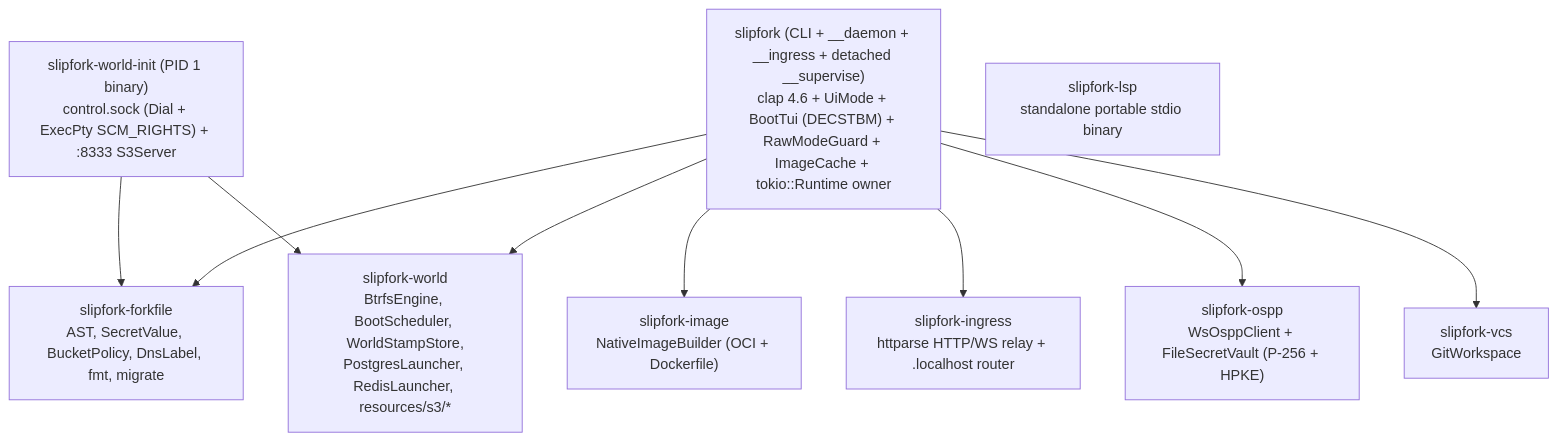
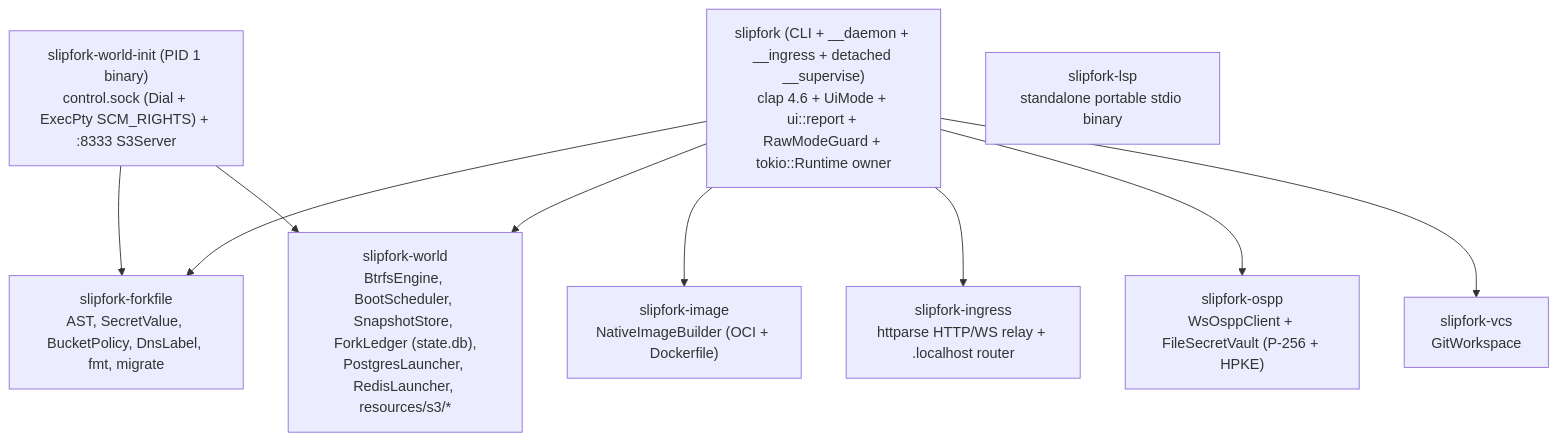
The first of 3 diagrams in ARCHITECTURE.md (OffworldNexus/slipfork), drawn with Mermaid before and after one commit. The commit also changed other lines of this file and 17 other files, not shown here.

Commit message:
[M3.191] Collapse doctor Storage row, stamp 0.1.1, align architecture/specs

````diff
--- a/ARCHITECTURE.md
+++ b/ARCHITECTURE.md
@@ -12,15 +12,15 @@
 ```mermaid
 flowchart TD
-  Root["slipfork (CLI + __daemon + __ingress + detached __supervise)<br/>clap 4.6 + UiMode + BootTui (DECSTBM) + RawModeGuard + ImageCache + tokio::Runtime owner"]
+  Root["slipfork (CLI + __daemon + __ingress + detached __supervise)<br/>clap 4.6 + UiMode + ui::report + RawModeGuard + tokio::Runtime owner"]
   Init["slipfork-world-init (PID 1 binary)<br/>control.sock (Dial + ExecPty SCM_RIGHTS) + :8333 S3Server"]
   FF["slipfork-forkfile<br/>AST, SecretValue, BucketPolicy, DnsLabel, fmt, migrate"]
-  World["slipfork-world<br/>BtrfsEngine, BootScheduler, WorldStampStore,<br/>PostgresLauncher, RedisLauncher, resources/s3/*"]
+  World["slipfork-world<br/>BtrfsEngine, BootScheduler, SnapshotStore, ForkLedger (state.db),<br/>PostgresLauncher, RedisLauncher, resources/s3/*"]
   Image["slipfork-image<br/>NativeImageBuilder (OCI + Dockerfile)"]
   Ingress["slipfork-ingress<br/>httparse HTTP/WS relay + .localhost router"]
   Ospp["slipfork-ospp<br/>WsOsppClient + FileSecretVault (P-256 + HPKE)"]
   Vcs["slipfork-vcs<br/>GitWorkspace"]
   Lsp["slipfork-lsp<br/>standalone portable stdio binary"]
 
   Root --> FF & World & Image & Ingress & Ospp & Vcs
   Init --> World & FF
 ```
````
